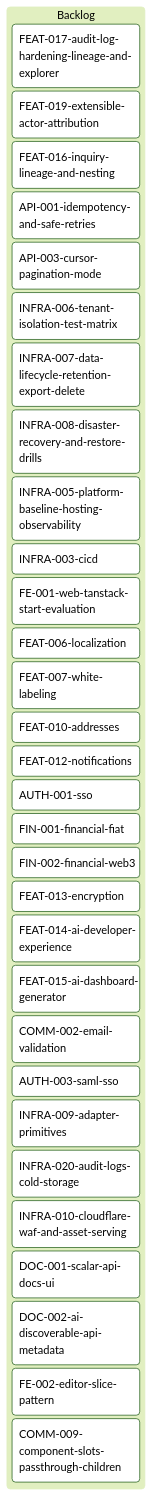
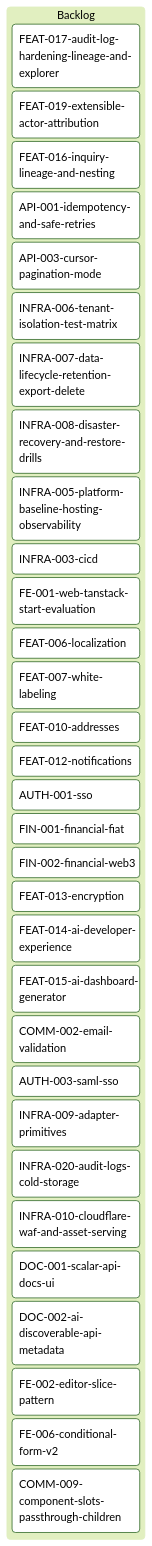
One commit to inixiative/template changed the diagram in tickets/kanban-backlog.md. Above: the diagram before and after it, drawn with Mermaid (forest theme). The commit also changed other lines of this file and 1 other file, not shown here.

First line of the commit message:
ticket(FE-006): conditional-form v2 — form/filter surface on json-rules

````diff
--- a/tickets/kanban-backlog.md
+++ b/tickets/kanban-backlog.md
@@ -3,39 +3,40 @@
 ```mermaid
 ---
 config:
   kanban:
     ticketBaseUrl: 'https://github.com/yourorg/template/blob/main/tickets/#TICKET#'
 ---
 kanban
   Backlog
     FEAT-017-audit-log-hardening-lineage-and-explorer
     FEAT-019-extensible-actor-attribution
     FEAT-016-inquiry-lineage-and-nesting
     API-001-idempotency-and-safe-retries
     API-003-cursor-pagination-mode
     INFRA-006-tenant-isolation-test-matrix
     INFRA-007-data-lifecycle-retention-export-delete
     INFRA-008-disaster-recovery-and-restore-drills
     INFRA-005-platform-baseline-hosting-observability
     INFRA-003-cicd
     FE-001-web-tanstack-start-evaluation
     FEAT-006-localization
     FEAT-007-white-labeling
     FEAT-010-addresses
     FEAT-012-notifications
     AUTH-001-sso
     FIN-001-financial-fiat
     FIN-002-financial-web3
     FEAT-013-encryption
     FEAT-014-ai-developer-experience
     FEAT-015-ai-dashboard-generator
     COMM-002-email-validation
     AUTH-003-saml-sso
     INFRA-009-adapter-primitives
     INFRA-020-audit-logs-cold-storage
     INFRA-010-cloudflare-waf-and-asset-serving
     DOC-001-scalar-api-docs-ui
     DOC-002-ai-discoverable-api-metadata
     FE-002-editor-slice-pattern
+    FE-006-conditional-form-v2
     COMM-009-component-slots-passthrough-children
 ```
````
